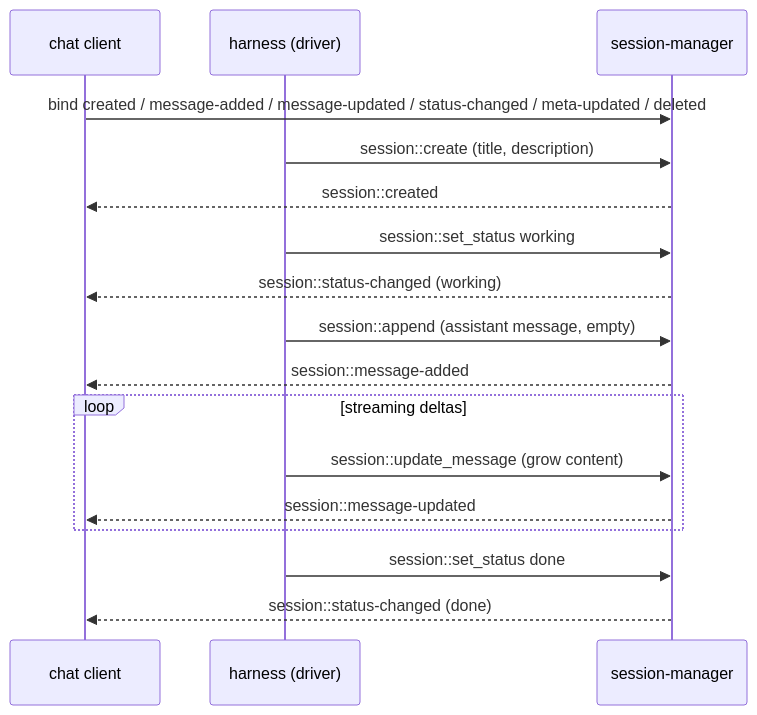
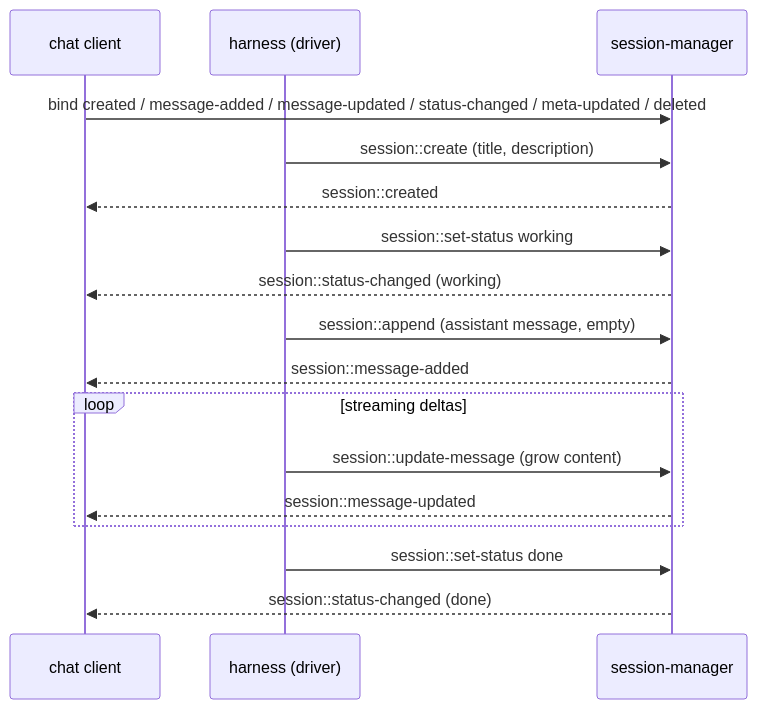
One commit to iii-hq/workers changed the diagram in tech-specs/2026-06-agentic/session-manager.md. Above: the diagram before and after it, drawn with Mermaid. The commit also changed other lines of this file and 73 other files, not shown here.

````diff
--- a/tech-specs/2026-06-agentic/session-manager.md
+++ b/tech-specs/2026-06-agentic/session-manager.md
@@ -72,19 +72,19 @@
 ```mermaid
 sequenceDiagram
   participant UI as chat client
   participant H as harness (driver)
   participant S as session-manager
   UI->>S: bind created / message-added / message-updated / status-changed / meta-updated / deleted
   H->>S: session::create (title, description)
   S-->>UI: session::created
-  H->>S: session::set_status working
+  H->>S: session::set-status working
   S-->>UI: session::status-changed (working)
   H->>S: session::append (assistant message, empty)
   S-->>UI: session::message-added
   loop streaming deltas
-    H->>S: session::update_message (grow content)
+    H->>S: session::update-message (grow content)
     S-->>UI: session::message-updated
   end
-  H->>S: session::set_status done
+  H->>S: session::set-status done
   S-->>UI: session::status-changed (done)
 ```
````
